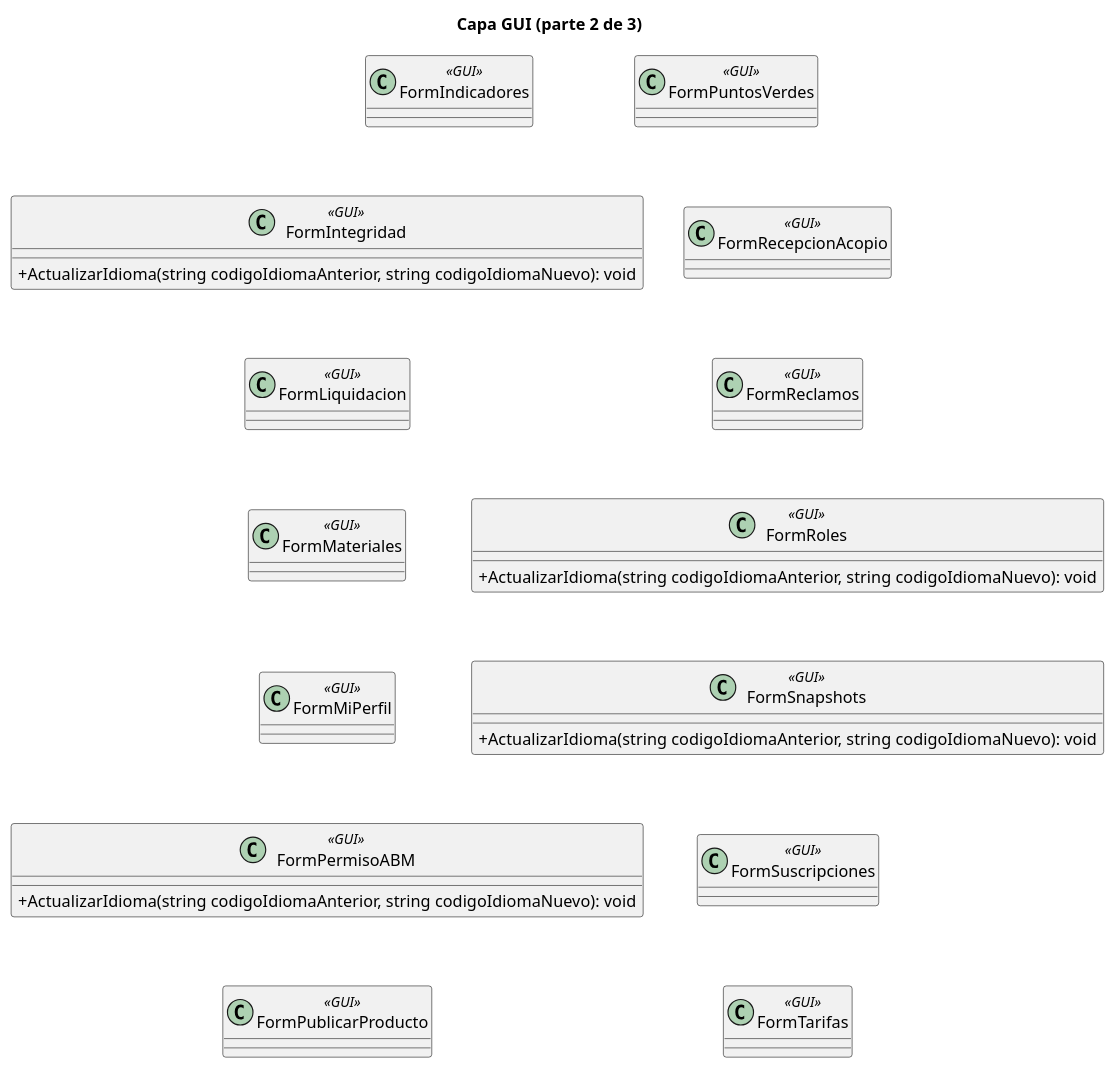
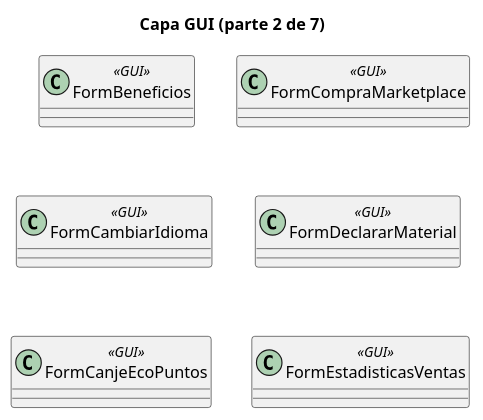
One commit to L-Muniz/uai-diploma_2026 changed the diagram in docs/diagramas/uml/capas__GUI_clases_2.puml. Above: the diagram before and after it, drawn with PlantUML. The commit also changed 50 other files, not shown here.

Commit message:
Docs: diagramas de clases por capa en partes de 6 clases, para que se lean en la hoja

```diff
--- a/docs/diagramas/uml/capas__GUI_clases_2.puml
+++ b/docs/diagramas/uml/capas__GUI_clases_2.puml
@@ -1,50 +1,22 @@
 @startuml
 skinparam classAttributeIconSize 0
 skinparam linetype ortho
-title Capa GUI (parte 2 de 3)
-class "FormIndicadores" as FormIndicadores <<GUI>> {
+title Capa GUI (parte 2 de 7)
+class "FormBeneficios" as FormBeneficios <<GUI>> {
 }
-class "FormIntegridad" as FormIntegridad <<GUI>> {
-  +ActualizarIdioma(string codigoIdiomaAnterior, string codigoIdiomaNuevo): void
+class "FormCambiarIdioma" as FormCambiarIdioma <<GUI>> {
 }
-class "FormLiquidacion" as FormLiquidacion <<GUI>> {
+class "FormCanjeEcoPuntos" as FormCanjeEcoPuntos <<GUI>> {
 }
-class "FormMateriales" as FormMateriales <<GUI>> {
+class "FormCompraMarketplace" as FormCompraMarketplace <<GUI>> {
 }
-class "FormMiPerfil" as FormMiPerfil <<GUI>> {
+class "FormDeclararMaterial" as FormDeclararMaterial <<GUI>> {
 }
-class "FormPermisoABM" as FormPermisoABM <<GUI>> {
-  +ActualizarIdioma(string codigoIdiomaAnterior, string codigoIdiomaNuevo): void
+class "FormEstadisticasVentas" as FormEstadisticasVentas <<GUI>> {
 }
-class "FormPublicarProducto" as FormPublicarProducto <<GUI>> {
-}
-class "FormPuntosVerdes" as FormPuntosVerdes <<GUI>> {
-}
-class "FormRecepcionAcopio" as FormRecepcionAcopio <<GUI>> {
-}
-class "FormReclamos" as FormReclamos <<GUI>> {
-}
-class "FormRoles" as FormRoles <<GUI>> {
-  +ActualizarIdioma(string codigoIdiomaAnterior, string codigoIdiomaNuevo): void
-}
-class "FormSnapshots" as FormSnapshots <<GUI>> {
-  +ActualizarIdioma(string codigoIdiomaAnterior, string codigoIdiomaNuevo): void
-}
-class "FormSuscripciones" as FormSuscripciones <<GUI>> {
-}
-class "FormTarifas" as FormTarifas <<GUI>> {
-}
-FormIndicadores -[hidden]down- FormIntegridad
-FormIntegridad -[hidden]down- FormLiquidacion
-FormLiquidacion -[hidden]down- FormMateriales
-FormMateriales -[hidden]down- FormMiPerfil
-FormMiPerfil -[hidden]down- FormPermisoABM
-FormPermisoABM -[hidden]down- FormPublicarProducto
-FormPuntosVerdes -[hidden]down- FormRecepcionAcopio
-FormRecepcionAcopio -[hidden]down- FormReclamos
-FormReclamos -[hidden]down- FormRoles
-FormRoles -[hidden]down- FormSnapshots
-FormSnapshots -[hidden]down- FormSuscripciones
-FormSuscripciones -[hidden]down- FormTarifas
-FormIndicadores -[hidden]right- FormPuntosVerdes
+FormBeneficios -[hidden]down- FormCambiarIdioma
+FormCambiarIdioma -[hidden]down- FormCanjeEcoPuntos
+FormCompraMarketplace -[hidden]down- FormDeclararMaterial
+FormDeclararMaterial -[hidden]down- FormEstadisticasVentas
+FormBeneficios -[hidden]right- FormCompraMarketplace
 @enduml
```
